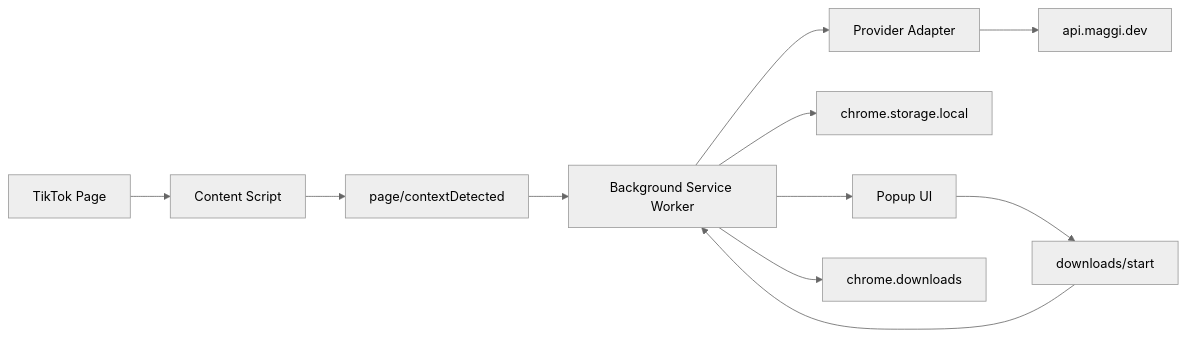
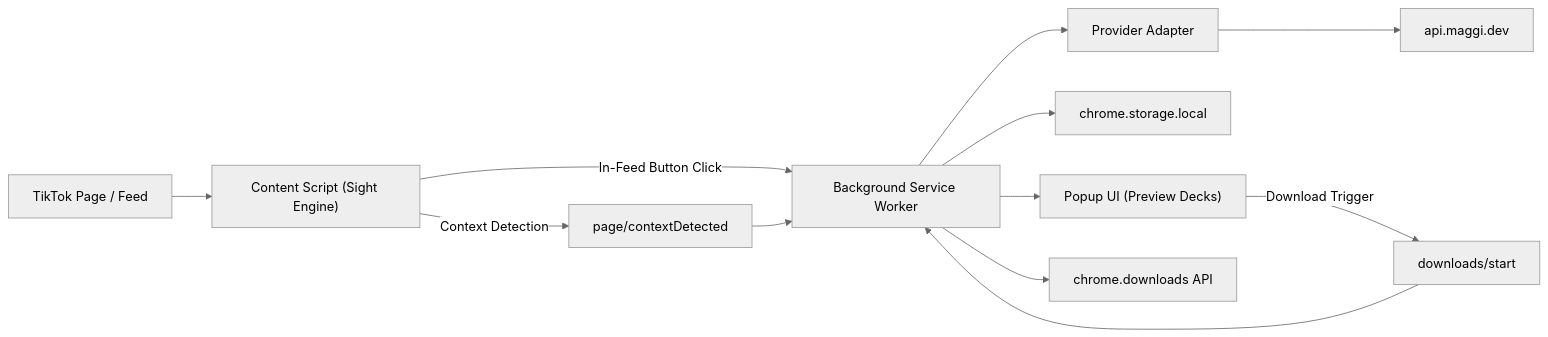
Before and after one commit to N0tMaggi/maggi-media-downloader: the first of 3 diagrams in README.md, drawn with Mermaid (neutral theme). The commit also changed other lines of this file and 5 other files, not shown here.

````diff
--- a/README.md
+++ b/README.md
@@ -39,13 +48,14 @@
 ```mermaid
 flowchart LR
-    A["TikTok Page"] --> B["Content Script"]
-    B --> C["page/contextDetected"]
-    C --> D["Background Service Worker"]
+    A["TikTok Page / Feed"] --> B["Content Script (Sight Engine)"]
+    B -->|In-Feed Button Click| D["Background Service Worker"]
+    B -->|Context Detection| C["page/contextDetected"]
+    C --> D
     D --> E["Provider Adapter"]
     E --> F["api.maggi.dev"]
     D --> G["chrome.storage.local"]
-    D --> H["Popup UI"]
-    H --> I["downloads/start"]
+    D --> H["Popup UI (Preview Decks)"]
+    H -->|Download Trigger| I["downloads/start"]
     I --> D
-    D --> J["chrome.downloads"]
+    D --> J["chrome.downloads API"]
 ```
````
